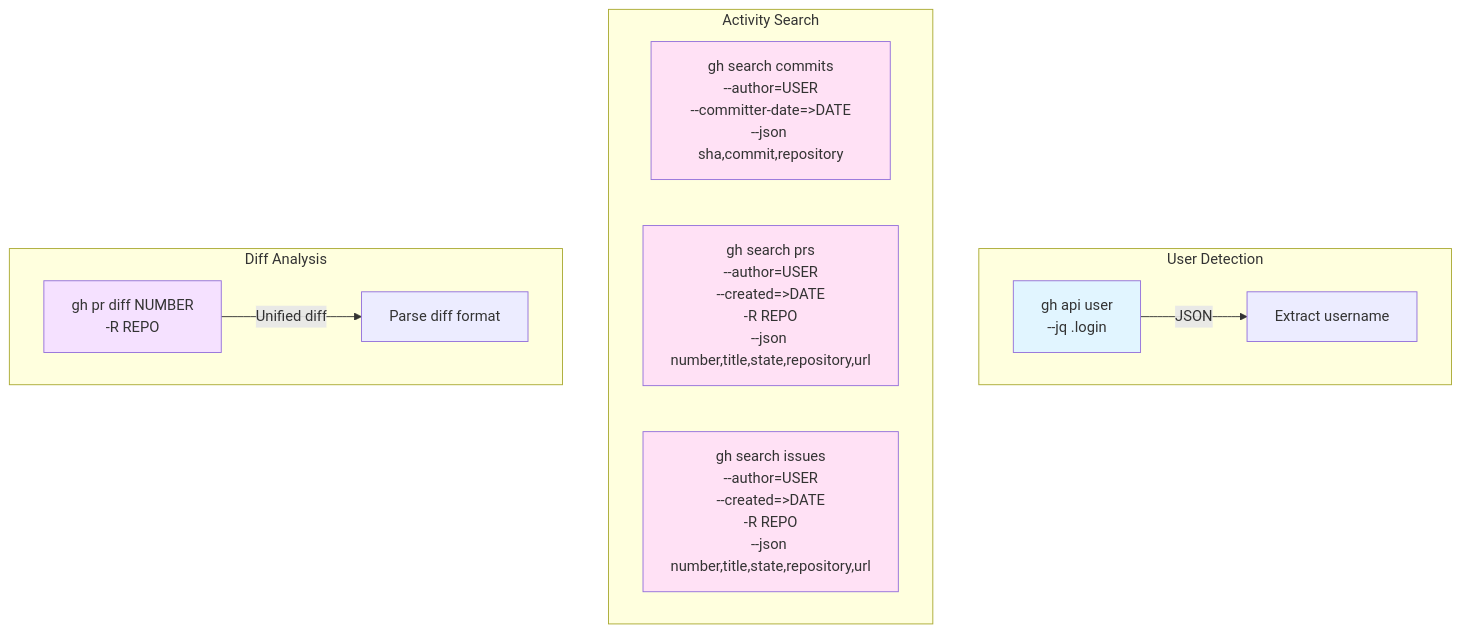
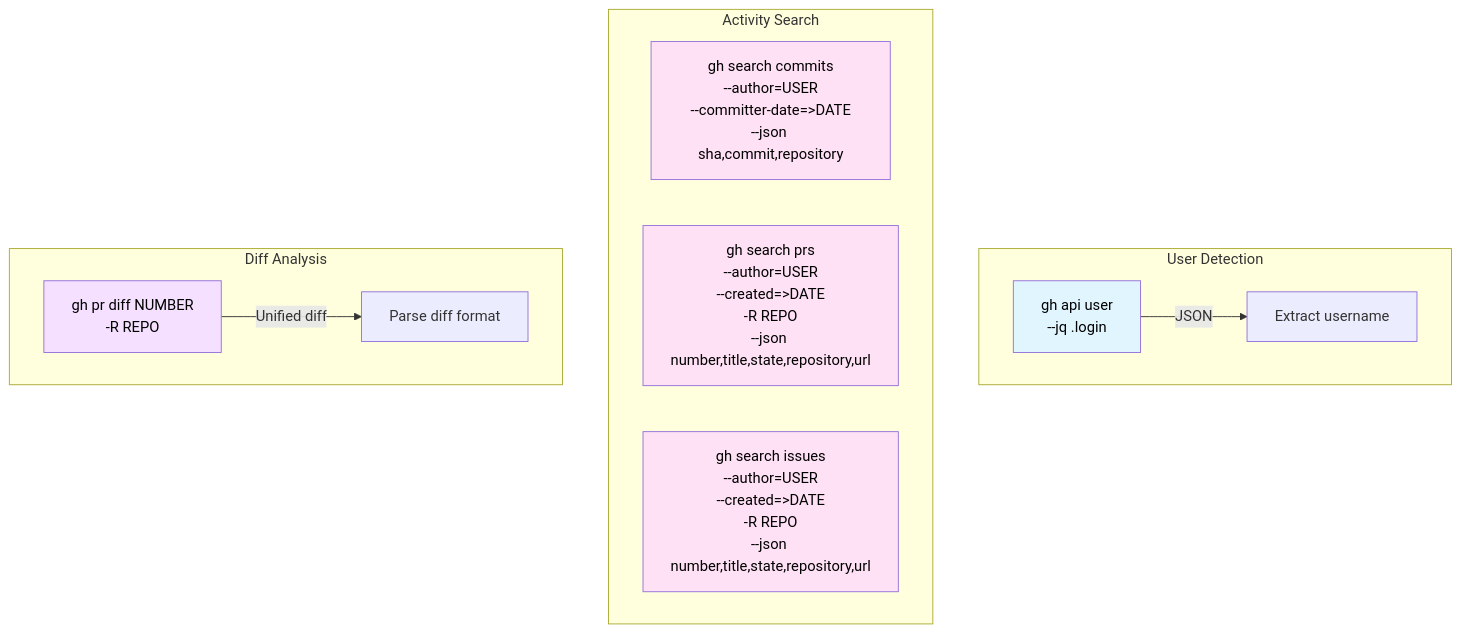
Before and after one commit to jetmobsol/claude-gh-standup: the second of 10 diagrams in docs/architecture/05-integration-patterns.md, drawn with Mermaid. The commit also changed other lines of this file and 4 other files, not shown here.

First line of the commit message:
Fix text color to black on light-colored Mermaid diagrams

````diff
--- a/docs/architecture/05-integration-patterns.md
+++ b/docs/architecture/05-integration-patterns.md
@@ -39,24 +39,24 @@
 ```mermaid
 graph TB
     subgraph "User Detection"
         API[gh api user<br/>--jq .login]
         API -->|JSON| UserLogin[Extract username]
     end
 
     subgraph "Activity Search"
         Commits[gh search commits<br/>--author=USER<br/>--committer-date=&gt;DATE<br/>--json sha,commit,repository]
         PRs[gh search prs<br/>--author=USER<br/>--created=&gt;DATE<br/>-R REPO<br/>--json number,title,state,repository,url]
         Issues[gh search issues<br/>--author=USER<br/>--created=&gt;DATE<br/>-R REPO<br/>--json number,title,state,repository,url]
     end
 
     subgraph "Diff Analysis"
         Diff[gh pr diff NUMBER<br/>-R REPO]
         Diff -->|Unified diff| Parse[Parse diff format]
     end
 
-    style API fill:#e1f5ff
-    style Commits fill:#ffe1f5
-    style PRs fill:#ffe1f5
-    style Issues fill:#ffe1f5
-    style Diff fill:#f5e1ff
+    style API fill:#e1f5ff,color:#000
+    style Commits fill:#ffe1f5,color:#000
+    style PRs fill:#ffe1f5,color:#000
+    style Issues fill:#ffe1f5,color:#000
+    style Diff fill:#f5e1ff,color:#000
 ```
````
